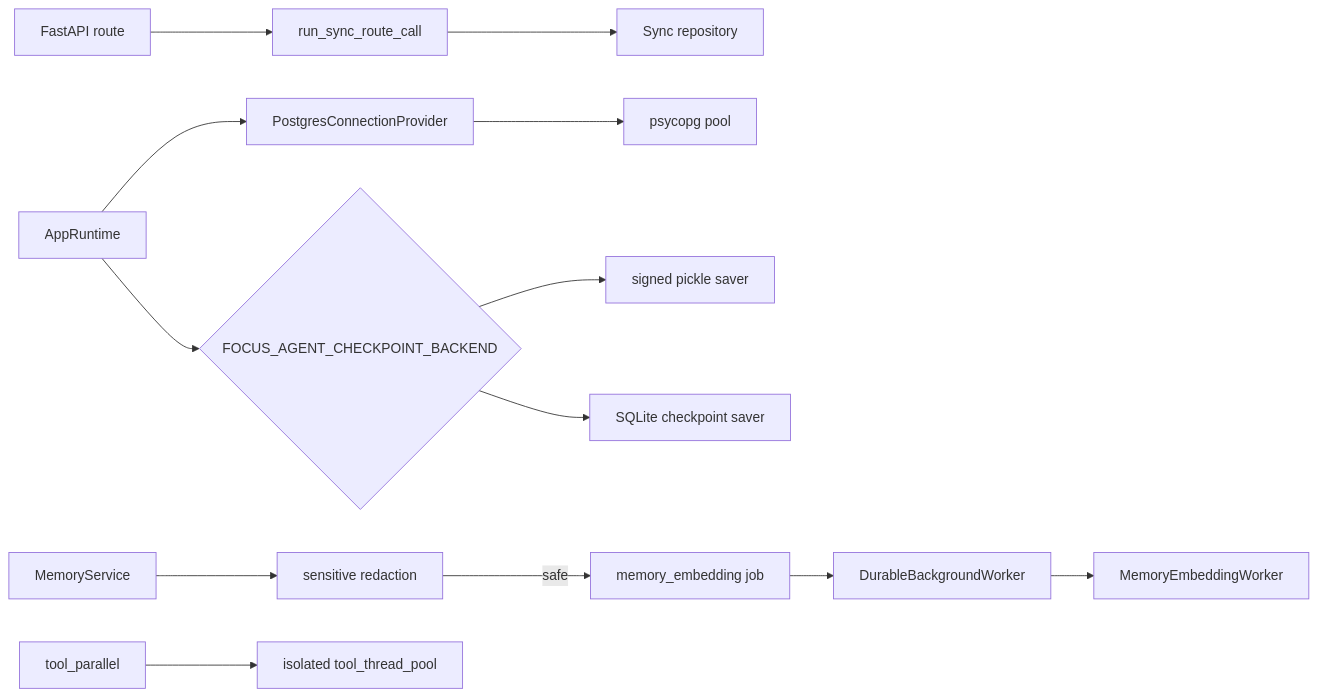
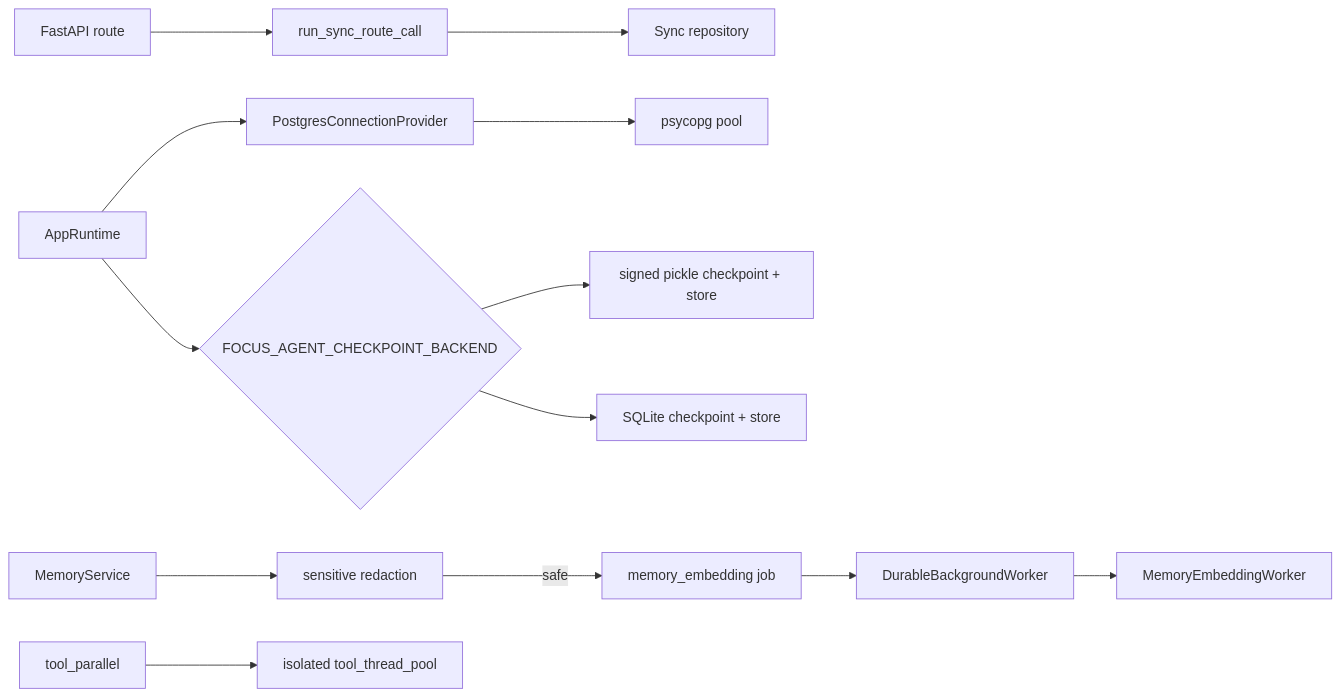
The second of 10 diagrams in docs/architecture.md (William-zgx/focus-agent), drawn with Mermaid before and after one commit. The commit also changed other lines of this file and 28 other files, not shown here.

````diff
--- a/docs/architecture.md
+++ b/docs/architecture.md
@@ -164,15 +169,15 @@
 ```mermaid
 flowchart LR
     API["FastAPI route"] --> RouteHelper["run_sync_route_call"]
     RouteHelper --> Repo["Sync repository"]
     Runtime["AppRuntime"] --> PGProvider["PostgresConnectionProvider"]
     PGProvider --> PGPool["psycopg pool"]
     Runtime --> CheckpointChoice{"FOCUS_AGENT_CHECKPOINT_BACKEND"}
-    CheckpointChoice --> Pickle["signed pickle saver"]
-    CheckpointChoice --> SQLite["SQLite checkpoint saver"]
+    CheckpointChoice --> Pickle["signed pickle checkpoint + store"]
+    CheckpointChoice --> SQLite["SQLite checkpoint + store"]
     Memory["MemoryService"] --> Redact["sensitive redaction"]
     Redact -->|safe| Queue["memory_embedding job"]
     Queue --> Worker["DurableBackgroundWorker"]
     Worker --> Embedding["MemoryEmbeddingWorker"]
     Tools["tool_parallel"] --> ToolPool["isolated tool_thread_pool"]
 ```
````
